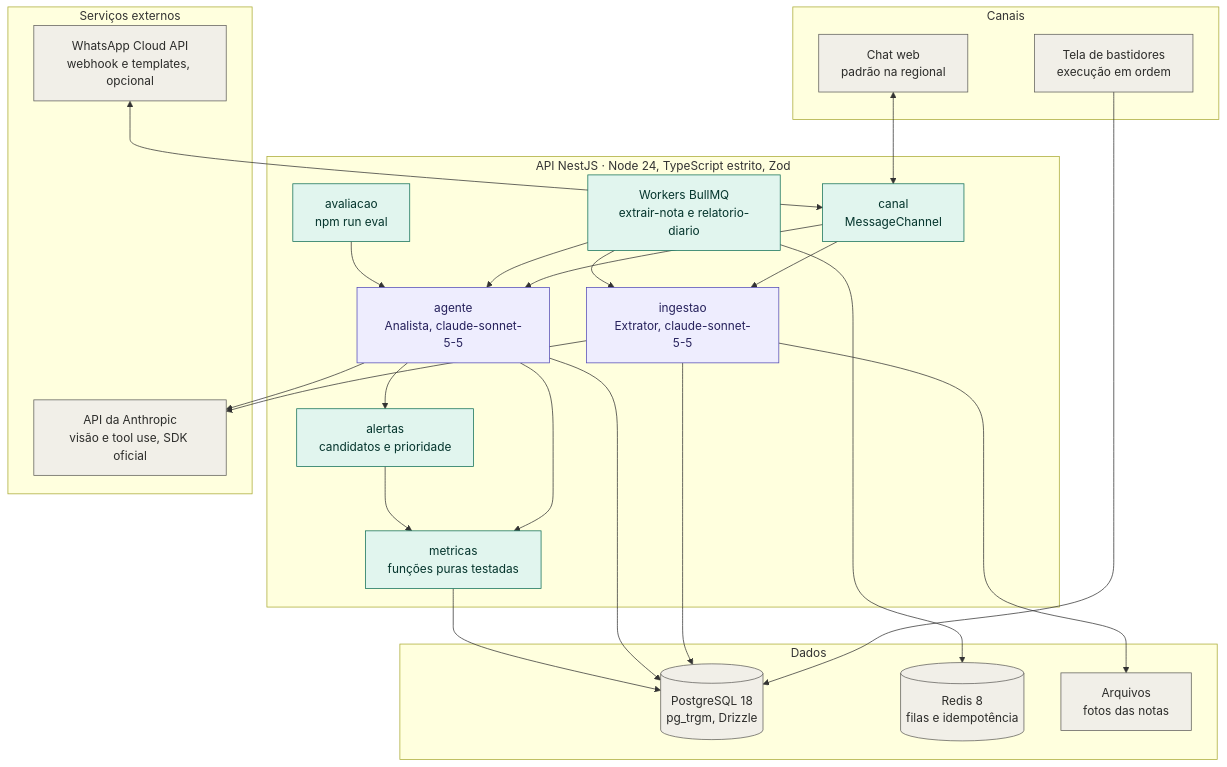
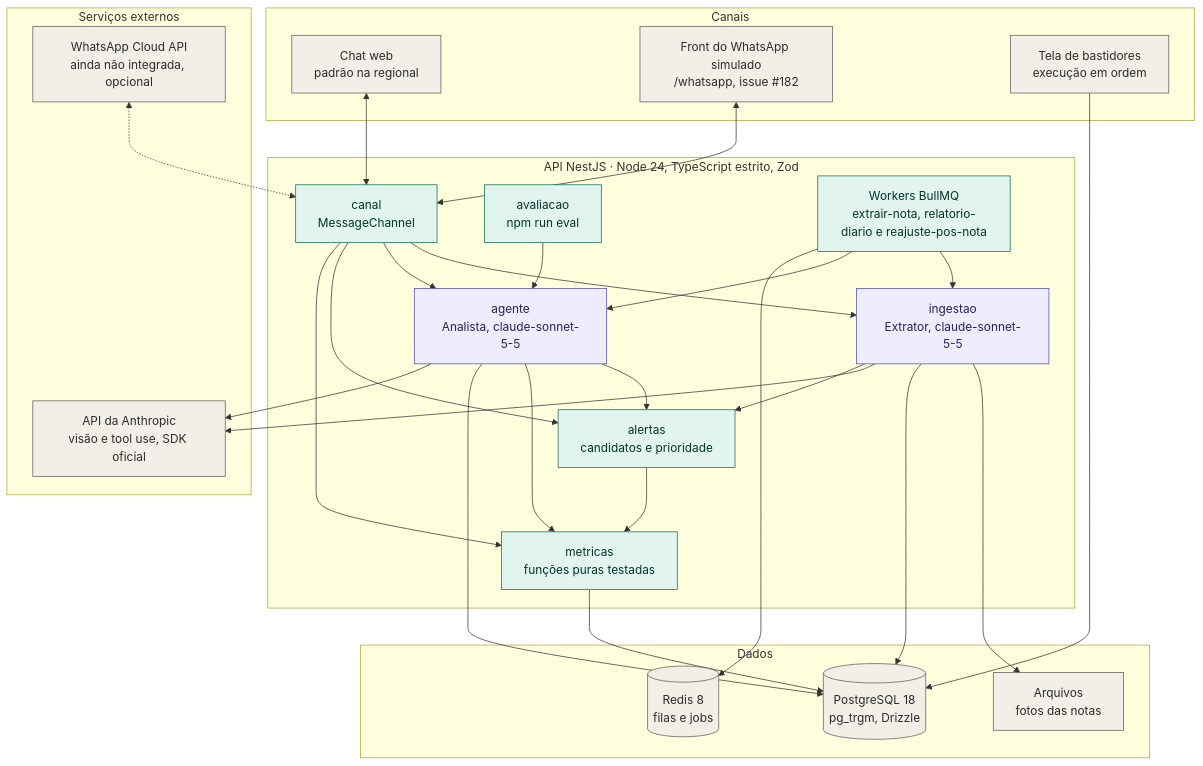
Before and after one commit to insignia-corp/omnia: the diagram in docs/arquitetura.md, drawn with Mermaid. The commit also changed other lines of this file and 11 other files, not shown here.

````diff
--- a/docs/arquitetura.md
+++ b/docs/arquitetura.md
@@ -7,54 +7,59 @@
 ```mermaid
 flowchart TB
   subgraph canais["Canais"]
     web["Chat web<br/>padrão na regional"]
+    wsim["Front do WhatsApp simulado<br/>/whatsapp, issue #182"]
     bast["Tela de bastidores<br/>execução em ordem"]
   end
 
   subgraph api["API NestJS · Node 24, TypeScript estrito, Zod"]
     canal["canal<br/>MessageChannel"]
     ing["ingestao<br/>Extrator, claude-sonnet-5-5"]
     ag["agente<br/>Analista, claude-sonnet-5-5"]
     met["metricas<br/>funções puras testadas"]
     ale["alertas<br/>candidatos e prioridade"]
     ava["avaliacao<br/>npm run eval"]
-    wk["Workers BullMQ<br/>extrair-nota e relatorio-diario"]
+    wk["Workers BullMQ<br/>extrair-nota, relatorio-diario e reajuste-pos-nota"]
   end
 
   subgraph dados["Dados"]
     pg[("PostgreSQL 18<br/>pg_trgm, Drizzle")]
-    rd[("Redis 8<br/>filas e idempotência")]
+    rd[("Redis 8<br/>filas e jobs")]
     arq["Arquivos<br/>fotos das notas"]
   end
 
   subgraph externos["Serviços externos"]
     ant["API da Anthropic<br/>visão e tool use, SDK oficial"]
-    wapi["WhatsApp Cloud API<br/>webhook e templates, opcional"]
+    wapi["WhatsApp Cloud API<br/>ainda não integrada, opcional"]
   end
 
   web <--> canal
-  wapi <--> canal
+  wsim <--> canal
+  wapi <-.-> canal
   bast --> pg
   canal --> ing
   canal --> ag
+  canal --> ale
+  canal --> met
   wk --> ing
   wk --> ag
   wk --> rd
   ing --> arq
   ing --> pg
   ing --> ant
+  ing --> ale
   ag --> ale
   ag --> met
   ag --> pg
   ag --> ant
   ale --> met
   met --> pg
   ava --> ag
 
   classDef llm fill:#EEEDFE,stroke:#534AB7,color:#26215C
   classDef cod fill:#E1F5EE,stroke:#0F6E56,color:#04342C
   classDef infra fill:#F1EFE8,stroke:#5F5E5A,color:#2C2C2A
   class ing,ag llm
   class canal,met,ale,ava,wk cod
-  class web,bast,pg,rd,arq,ant,wapi infra
+  class web,wsim,bast,pg,rd,arq,ant,wapi infra
 ```
````
